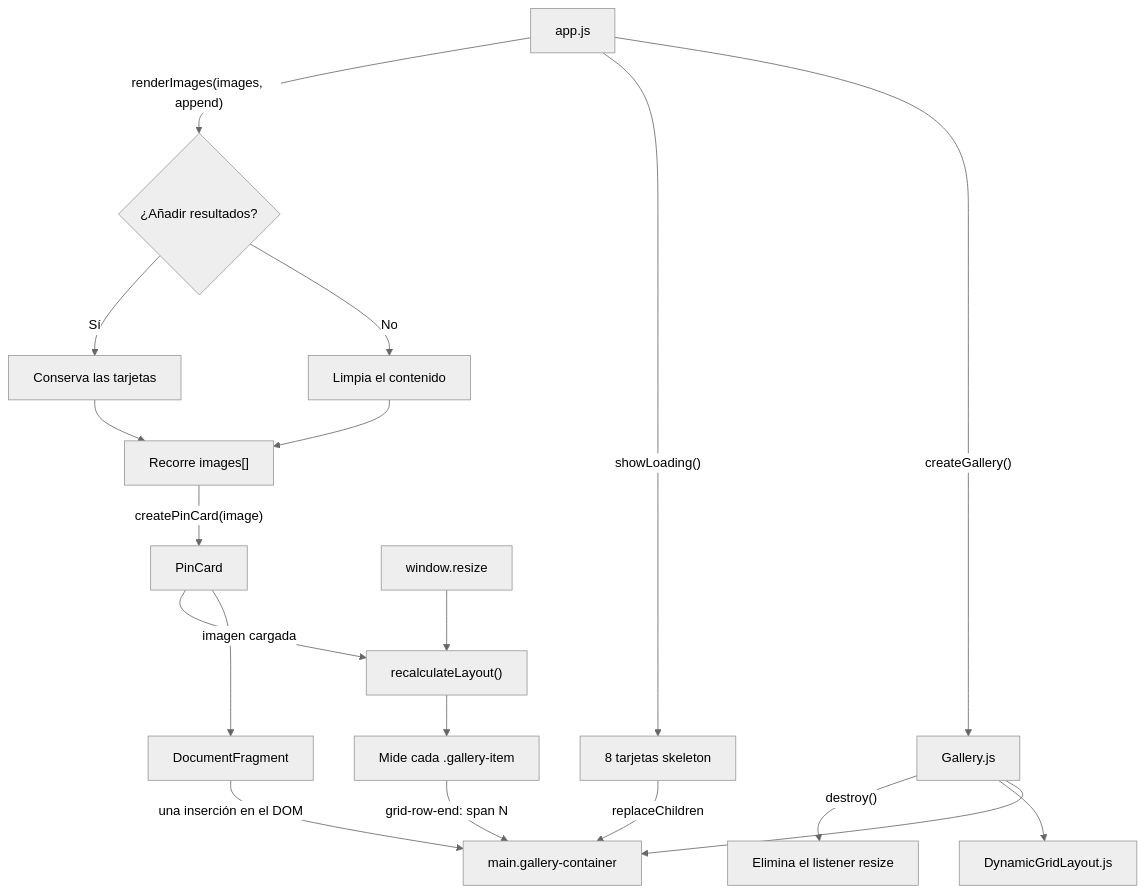
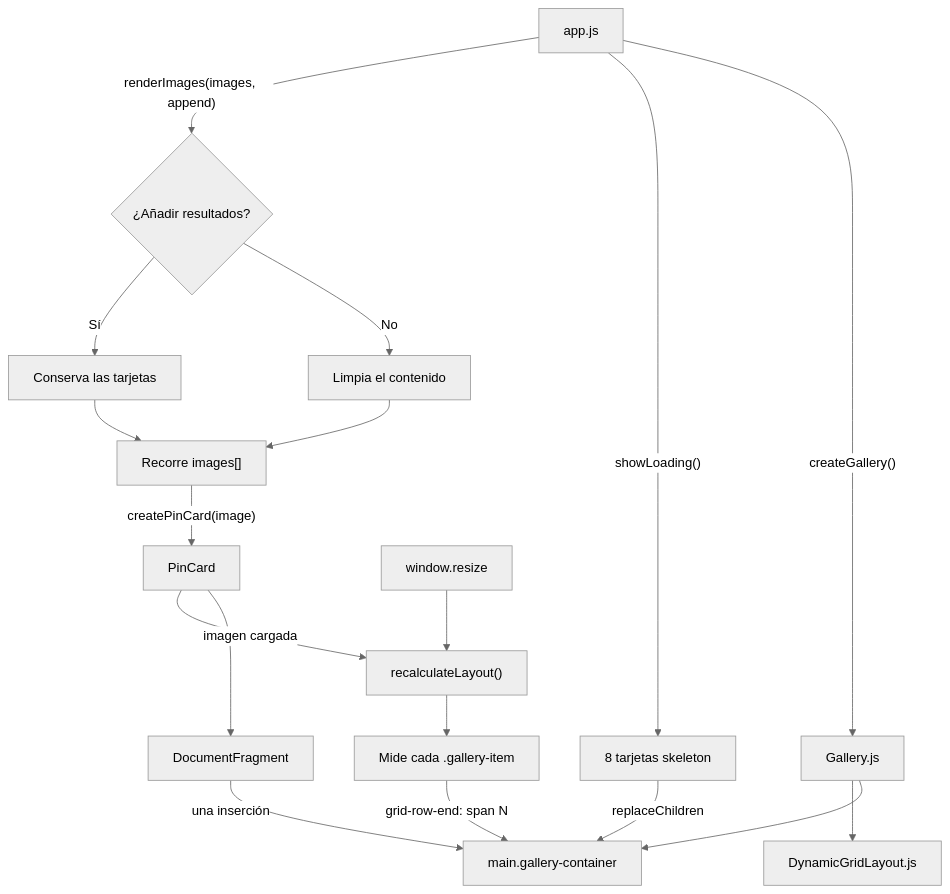
The second of 3 diagrams in docs/dev-notes/notas-desarrollo.md (candytale55/pinterest-clone), drawn with Mermaid (neutral theme) before and after one commit. The commit also changed other lines of this file and 4 other files, not shown here.

````diff
--- a/docs/dev-notes/notas-desarrollo.md
+++ b/docs/dev-notes/notas-desarrollo.md
@@ -52,24 +29,23 @@
 ```mermaid
 flowchart TD
     APP["app.js"] -- "createGallery()" --> GALLERY["Gallery.js"]
     GALLERY --> ELEMENT["main.gallery-container"]
     GALLERY --> LAYOUT["DynamicGridLayout.js"]
 
     APP -- "showLoading()" --> LOADING["8 tarjetas skeleton"]
     LOADING -- "replaceChildren" --> ELEMENT
 
     APP -- "renderImages(images, append)" --> RENDER{"¿Añadir resultados?"}
     RENDER -- "No" --> REPLACE["Limpia el contenido"]
     RENDER -- "Sí" --> KEEP["Conserva las tarjetas"]
     REPLACE --> LOOP["Recorre images[]"]
     KEEP --> LOOP
     LOOP -- "createPinCard(image)" --> CARD["PinCard"]
     CARD --> FRAGMENT["DocumentFragment"]
-    FRAGMENT -- "una inserción en el DOM" --> ELEMENT
+    FRAGMENT -- "una inserción" --> ELEMENT
 
     CARD -- "imagen cargada" --> RECALCULATE["recalculateLayout()"]
     RESIZE["window.resize"] --> RECALCULATE
     RECALCULATE --> MEASURE["Mide cada .gallery-item"]
     MEASURE -- "grid-row-end: span N" --> ELEMENT
-    GALLERY -- "destroy()" --> CLEANUP["Elimina el listener resize"]
 ```
````
